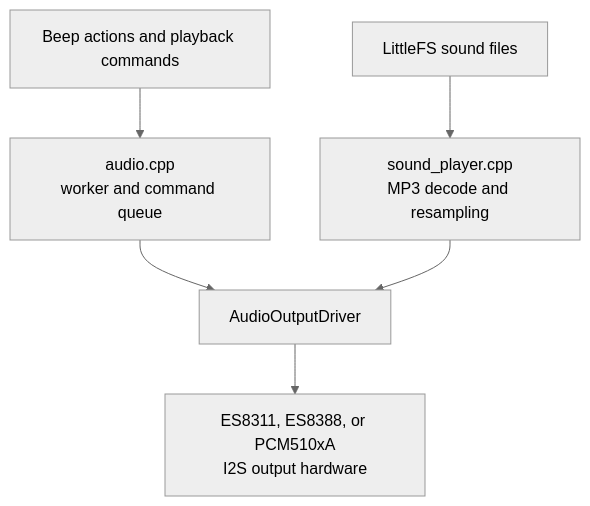
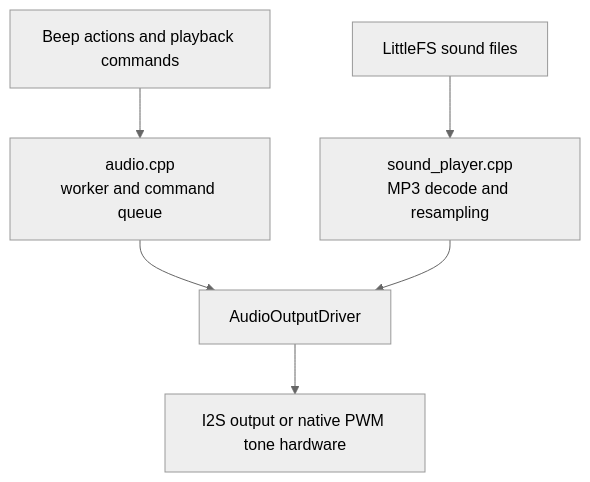
One commit to jantielens/esp32-macropad changed the diagram in docs/dev/audio-architecture.md. Above: the diagram before and after it, drawn with Mermaid (neutral theme). The commit also changed other lines of this file and 27 other files, not shown here.

````diff
--- a/docs/dev/audio-architecture.md
+++ b/docs/dev/audio-architecture.md
@@ -17,8 +17,8 @@
 ```mermaid
 flowchart TD
     Actions[Beep actions and playback commands] --> Audio["audio.cpp\nworker and command queue"]
     Storage["LittleFS sound files"] --> Player["sound_player.cpp\nMP3 decode and resampling"]
     Audio --> Driver["AudioOutputDriver"]
     Player --> Driver
-    Driver --> Hardware["ES8311, ES8388, or PCM510xA\nI2S output hardware"]
+    Driver --> Hardware["I2S output or native PWM tone hardware"]
 ```
````
